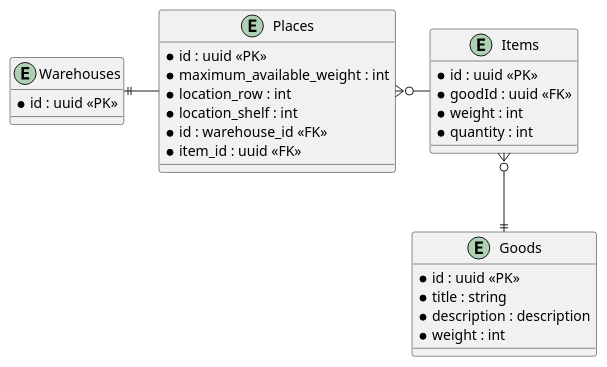
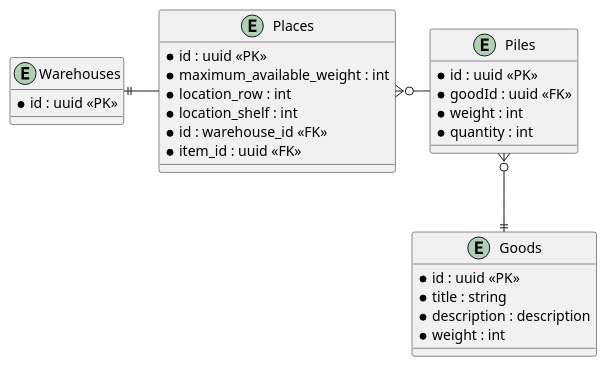
Before and after one commit to gerzhan/knigaexpert-system-design: the fourth of 5 diagrams in services/warehouse/README.md, drawn with PlantUML. The commit also changed other lines of this file, not shown here.

````diff
--- a/services/warehouse/README.md
+++ b/services/warehouse/README.md
@@ -129,32 +147,32 @@
 ```plantuml
 entity Warehouses {
   * id : uuid <<PK>>
 }
 
 entity Places {
   * id : uuid <<PK>>
   * maximum_available_weight : int
   * location_row : int
   * location_shelf : int
   * id : warehouse_id <<FK>>
   * item_id : uuid <<FK>>
 }
 
-entity Items {
+entity Piles {
   * id : uuid <<PK>>
   * goodId : uuid <<FK>>
   * weight : int
   * quantity : int
 }
 
 entity Goods {
   * id : uuid <<PK>>
   * title : string
   * description : description
   * weight : int
 }
 
 Warehouses ||-  Places
-Places }o- Items
-Items }o--|| Goods
+Places }o- Piles
+Piles }o--|| Goods
 ```
````
